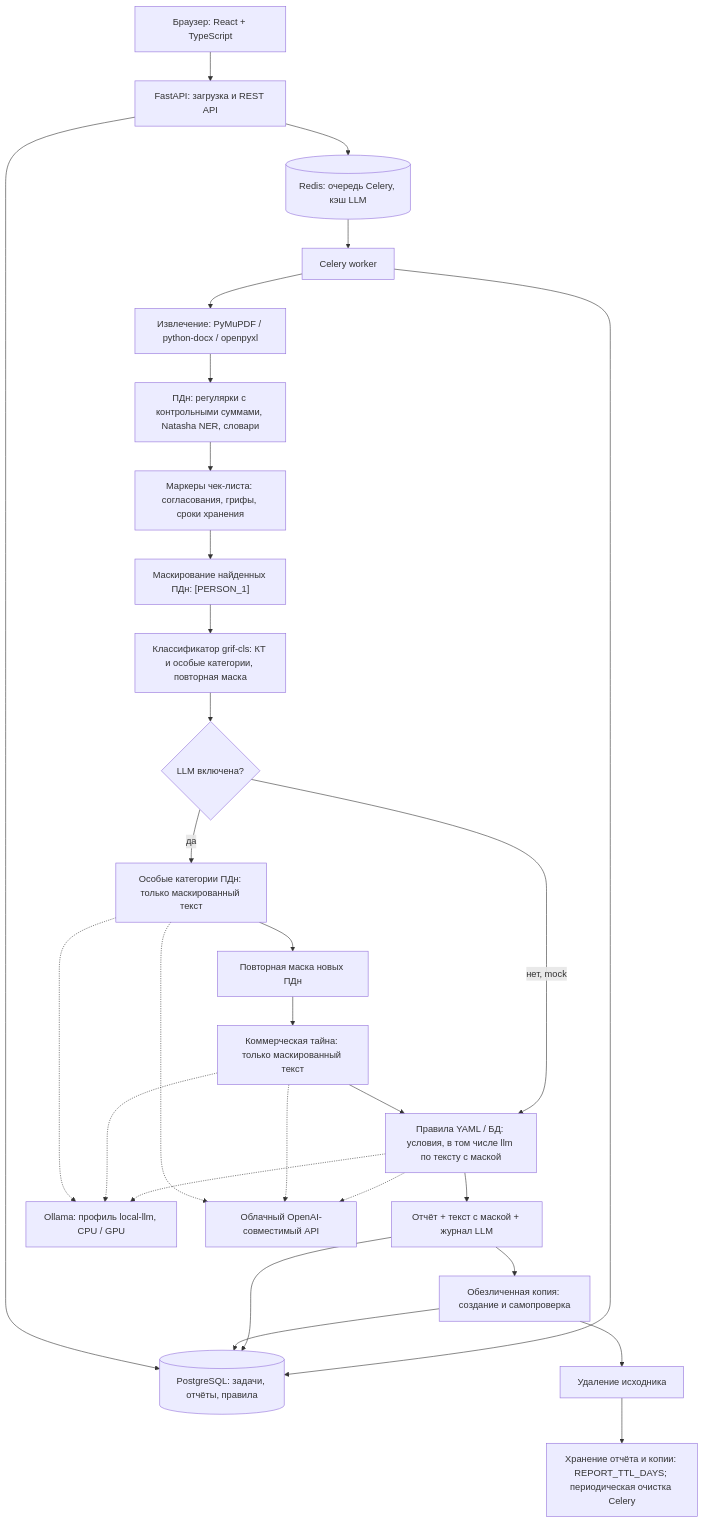
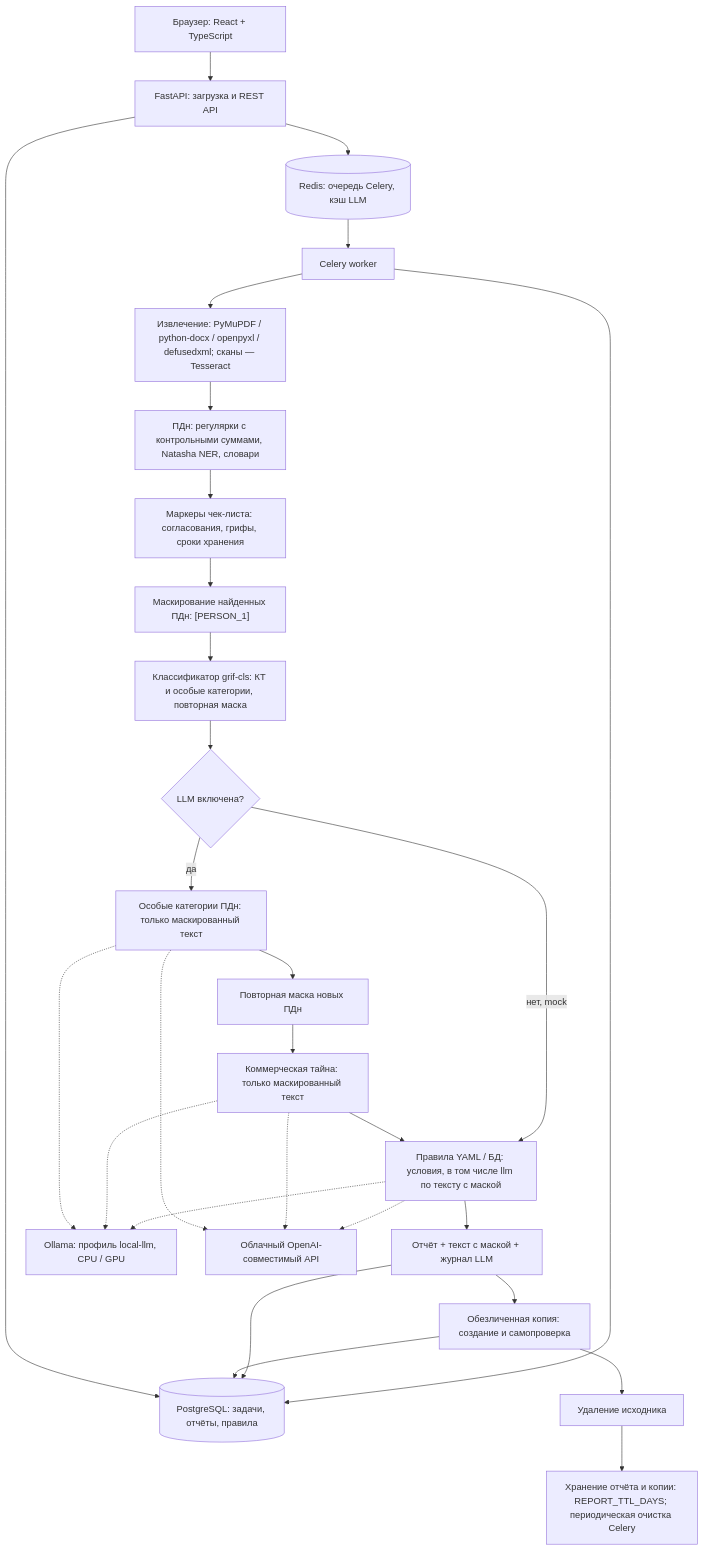
The first of 2 diagrams in docs/architecture.md (TheWoka/L.A.R.P-B2B), drawn with Mermaid before and after one commit. The commit also changed other lines of this file and 2 other files, not shown here.

````diff
--- a/docs/architecture.md
+++ b/docs/architecture.md
@@ -9,31 +11,31 @@
 ```mermaid
 flowchart TD
     B["Браузер: React + TypeScript"] --> A["FastAPI: загрузка и REST API"]
     A --> D[("PostgreSQL: задачи, отчёты, правила")]
     A --> R[("Redis: очередь Celery, кэш LLM")]
     R --> W["Celery worker"]
-    W --> X["Извлечение: PyMuPDF / python-docx / openpyxl"]
+    W --> X["Извлечение: PyMuPDF / python-docx / openpyxl / defusedxml; сканы — Tesseract"]
     X --> P["ПДн: регулярки с контрольными суммами, Natasha NER, словари"]
     P --> K["Маркеры чек-листа: согласования, грифы, сроки хранения"]
     K --> M["Маскирование найденных ПДн: [PERSON_1]"]
     M --> C["Классификатор grif-cls: КТ и особые категории, повторная маска"]
     C --> Q{"LLM включена?"}
     Q -->|да| S["Особые категории ПДн: только маскированный текст"]
     S --> N["Повторная маска новых ПДн"]
     N --> T["Коммерческая тайна: только маскированный текст"]
     T --> E["Правила YAML / БД: условия, в том числе llm по тексту с маской"]
     Q -->|нет, mock| E
     E --> F["Отчёт + текст с маской + журнал LLM"]
     F --> G["Обезличенная копия: создание и самопроверка"]
     G --> U["Удаление исходника"]
     G --> D
     F --> D
     U --> H["Хранение отчёта и копии: REPORT_TTL_DAYS; периодическая очистка Celery"]
     W --> D
     S -.-> O["Ollama: профиль local-llm, CPU / GPU"]
     T -.-> O
     E -.-> O
     S -.-> V["Облачный OpenAI-совместимый API"]
     T -.-> V
     E -.-> V
 ```
````
